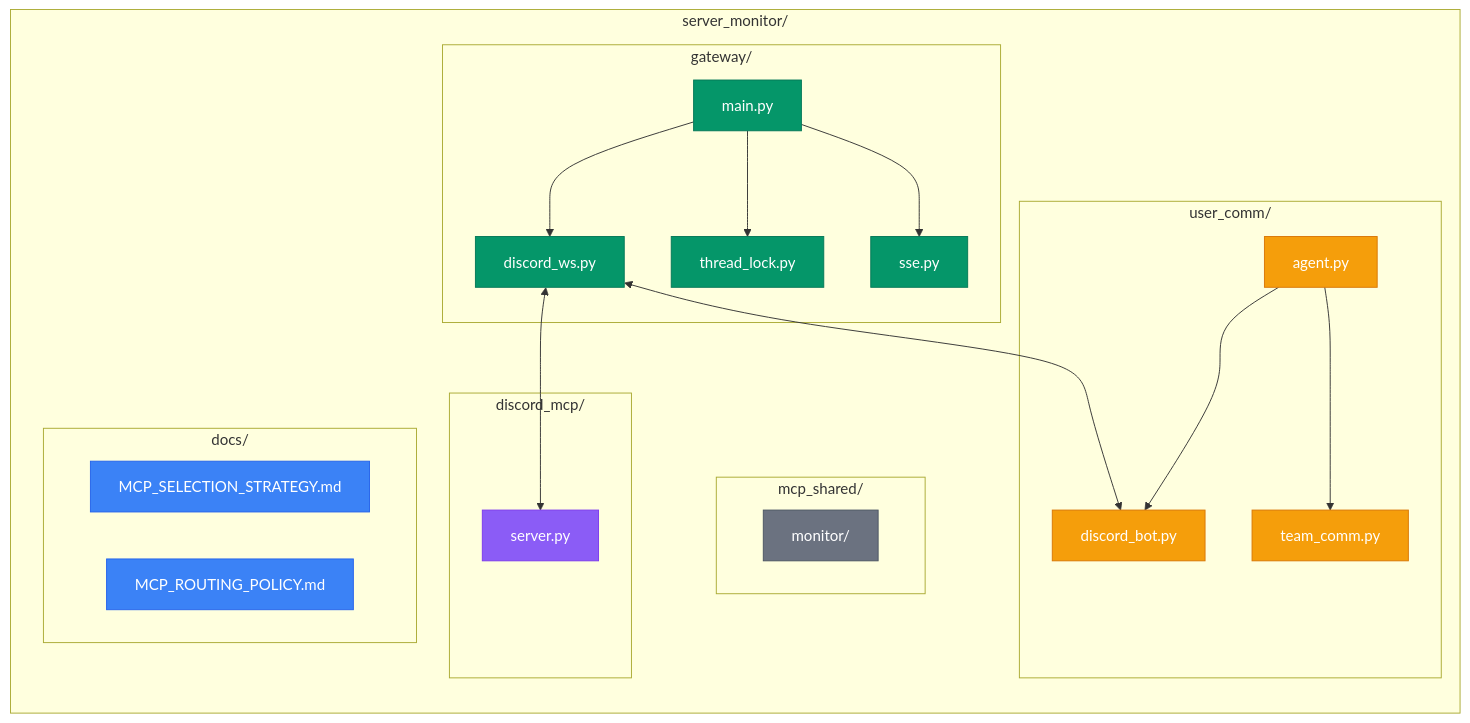
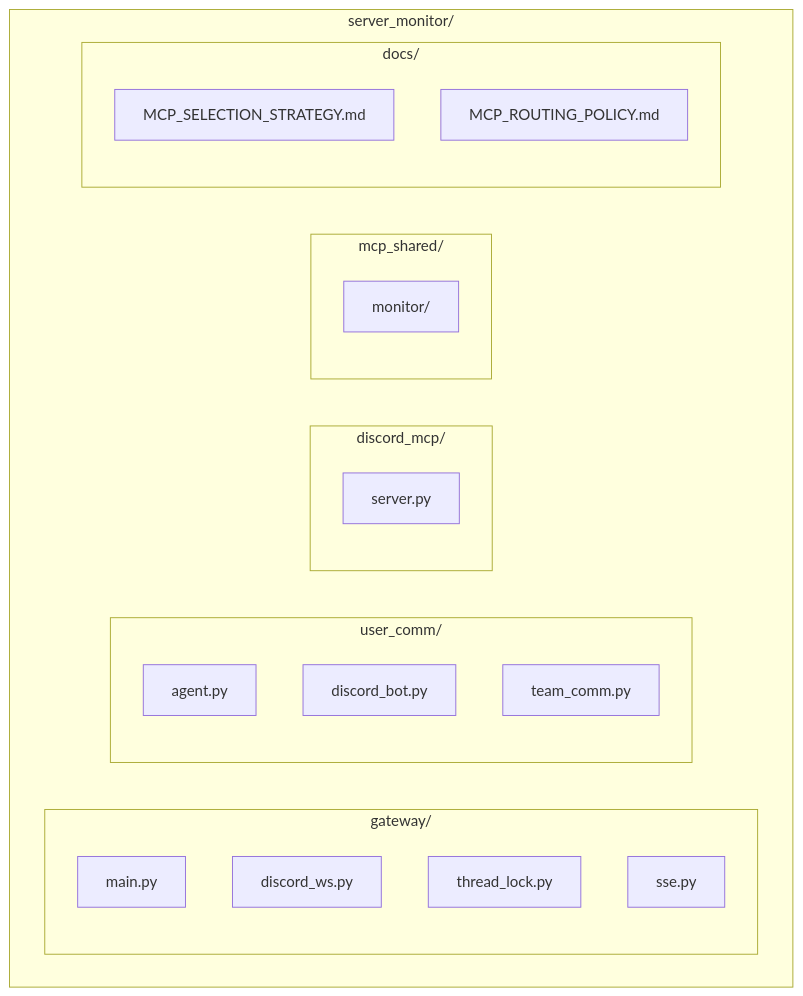
One commit to yarang/blogs changed the seventh of 7 diagrams in content/en/post/2026-03-01-013-discord-gateway-mcp-architecture-design.md. Above: the diagram before and after it, drawn with Mermaid. The commit also changed other lines of this file and 1 other file, not shown here.

First line of the commit message:
Simplify Mermaid diagrams for web compatibility

````diff
--- a/content/en/post/2026-03-01-013-discord-gateway-mcp-architecture-design.md
+++ b/content/en/post/2026-03-01-013-discord-gateway-mcp-architecture-design.md
@@ -391,46 +350,26 @@
 ```mermaid
 flowchart TB
-    classDef gateway fill:#059669,stroke:#047857,color:#fff
-    classDef usercomm fill:#F59E0B,stroke:#D97706,color:#fff
-    classDef mcp fill:#8B5CF6,stroke:#7C3AED,color:#fff
-    classDef shared fill:#6B7280,stroke:#4B5563,color:#fff
-    classDef docs fill:#3B82F6,stroke:#2563EB,color:#fff
-
-    subgraph Project["server_monitor/"]
-        direction TB
-
-        subgraph GwDir["gateway/"]
-            Main["main.py"]:::gateway
-            WS["discord_ws.py"]:::gateway
-            Lock["thread_lock.py"]:::gateway
-            SSE["sse.py"]:::gateway
+    subgraph P[server_monitor/]
+        subgraph Gw[gateway/]
+            M1[main.py]
+            M2[discord_ws.py]
+            M3[thread_lock.py]
+            M4[sse.py]
         end
-
-        subgraph UcDir["user_comm/"]
-            Agent["agent.py"]:::usercomm
-            Bot["discord_bot.py"]:::usercomm
-            Team["team_comm.py"]:::usercomm
+        subgraph Uc[user_comm/]
+            A1[agent.py]
+            A2[discord_bot.py]
+            A3[team_comm.py]
         end
-
-        subgraph McpDir["discord_mcp/"]
-            Server["server.py"]:::mcp
+        subgraph Mcp[discord_mcp/]
+            S1[server.py]
         end
-
-        subgraph SharedDir["mcp_shared/"]
-            Monitor["monitor/"]:::shared
+        subgraph Sh[mcp_shared/]
+            MO[monitor/]
         end
-
-        subgraph DocsDir["docs/"]
-            Strategy["MCP_SELECTION_STRATEGY.md"]:::docs
-            Policy["MCP_ROUTING_POLICY.md"]:::docs
+        subgraph Doc[docs/]
+            D1[MCP_SELECTION_STRATEGY.md]
+            D2[MCP_ROUTING_POLICY.md]
         end
     end
-
-    Main --> WS
-    Main --> Lock
-    Main --> SSE
-    WS <--> Server
-    WS <--> Bot
-    Agent --> Bot
-    Agent --> Team
 ```
````
